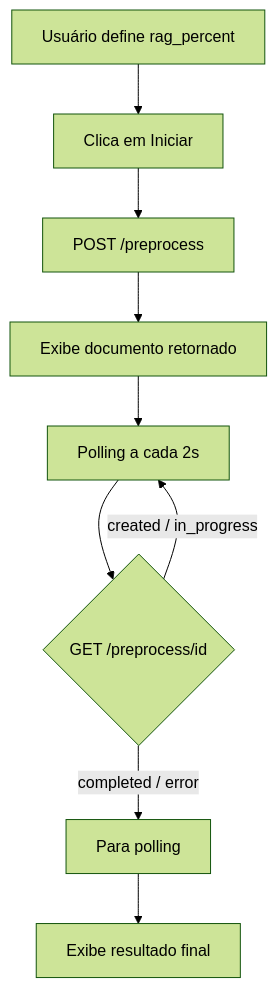
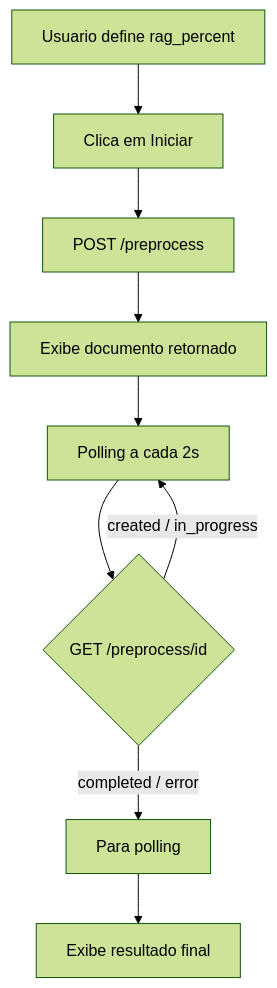
Before and after one commit to vagner-nascimento/fiap-pos-ia-para-devs-fase3-tech-challenge: the diagram in frontend/README.md, drawn with Mermaid (forest theme). The commit also changed other lines of this file and 8 other files, not shown here.

````diff
--- a/frontend/README.md
+++ b/frontend/README.md
@@ -153,11 +119,11 @@
 ```mermaid
 flowchart TD
-    A[Usuário define rag_percent] --> B[Clica em Iniciar]
+    A[Usuario define rag_percent] --> B[Clica em Iniciar]
     B --> C[POST /preprocess]
     C --> D[Exibe documento retornado]
     D --> E[Polling a cada 2s]
     E --> F{GET /preprocess/id}
     F -->|created / in_progress| E
     F -->|completed / error| G[Para polling]
     G --> H[Exibe resultado final]
 ```
````
